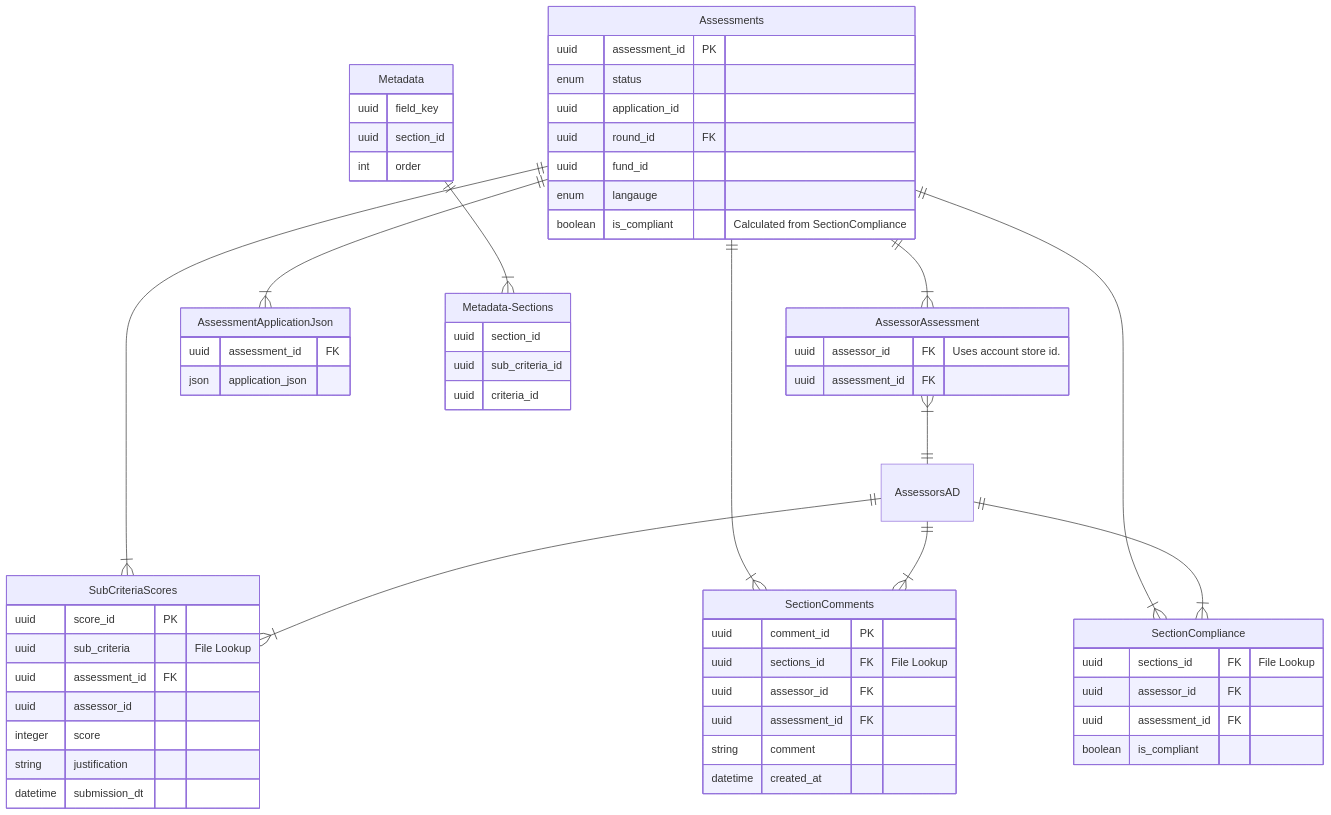
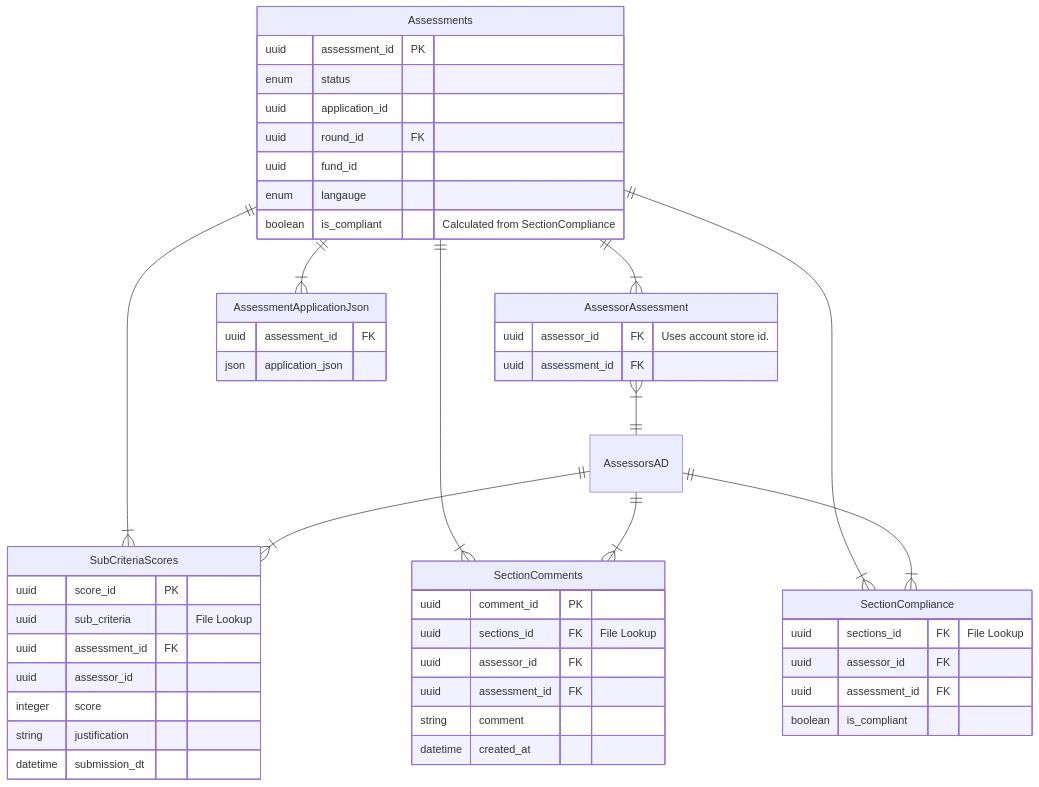
One commit to communitiesuk/funding-service-design-assessment-store changed the first of 2 diagrams in diagrams/db_diagram.md. Above: the diagram before and after it, drawn with Mermaid.

````diff
--- a/diagrams/db_diagram.md
+++ b/diagrams/db_diagram.md
@@ -1,66 +1,55 @@
 ```mermaid
 erDiagram
 	AssessorAssessment {
 		uuid assessor_id FK "Uses account store id."
 		uuid assessment_id FK
 	}
 	Assessments {
 		uuid assessment_id PK
 		enum status
 		uuid application_id
 		uuid round_id FK
 		uuid fund_id
 		enum langauge 
 		boolean is_compliant  "Calculated from SectionCompliance"
 	}
 	AssessmentApplicationJson {
 		uuid assessment_id FK
 		json application_json
 	}
 	SubCriteriaScores {
 		uuid score_id PK
 		uuid sub_criteria  "File Lookup"
 		uuid assessment_id FK
 		uuid assessor_id
 		integer score
 		string justification
 		datetime submission_dt
 	}
 	SectionCompliance {
 		uuid sections_id FK "File Lookup"
 		uuid assessor_id FK
 		uuid assessment_id FK
 		boolean is_compliant
 	}
 	SectionComments {
 		uuid comment_id PK
 		uuid sections_id FK "File Lookup"
 		uuid assessor_id FK
 		uuid assessment_id FK
 		string comment
 		datetime created_at
 	}
 	
-	
-	Metadata {
-		uuid field_key
-		uuid section_id
-		int order
-	}
-	Metadata-Sections{
-		uuid section_id
-		uuid sub_criteria_id
-		uuid criteria_id
-	}
 
 	Assessments ||--|{ SubCriteriaScores : ""
 	Assessments ||--|{ SectionComments : ""
 	Assessments ||--|{ SectionCompliance : ""
 	Assessments ||--|{ AssessmentApplicationJson : ""
 	Assessments ||--|{ AssessorAssessment : ""
 	AssessorsAD ||--|{ SectionComments : ""
 	AssessorsAD ||--|{ SubCriteriaScores : ""
 	AssessorsAD ||--|{ SectionCompliance : ""
 	AssessorAssessment }|--|| AssessorsAD : ""
-	Metadata ||--|{ Metadata-Sections : ""
+
 ```
````
